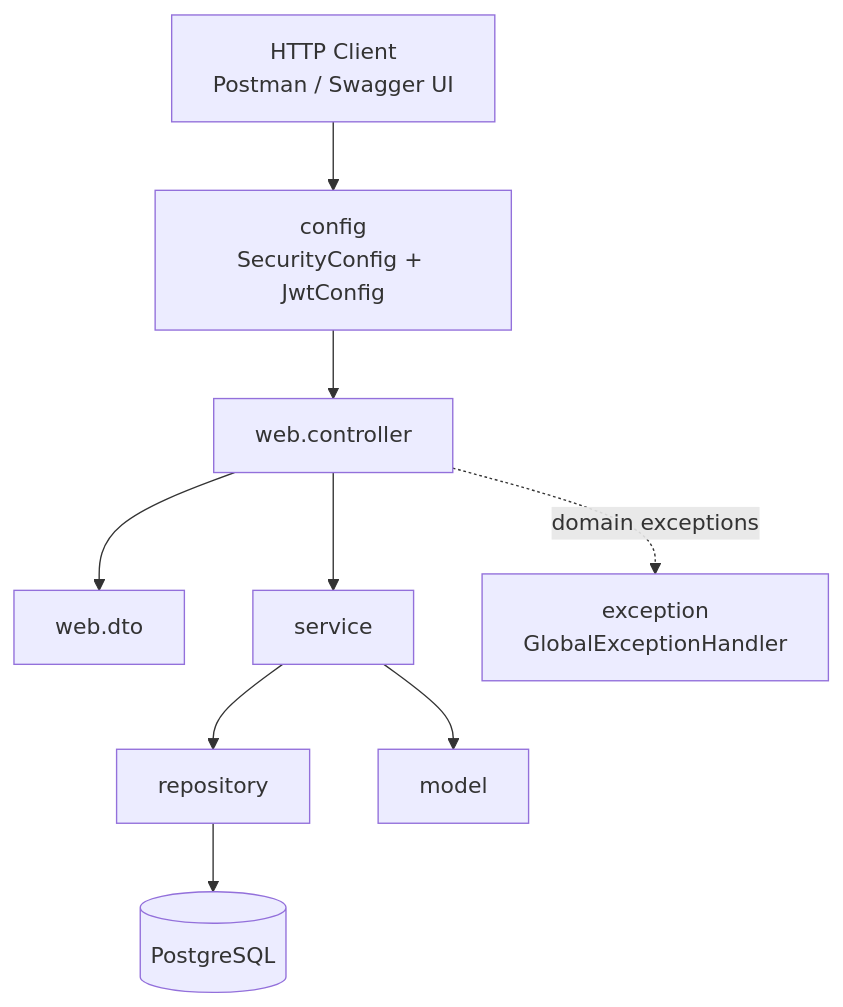
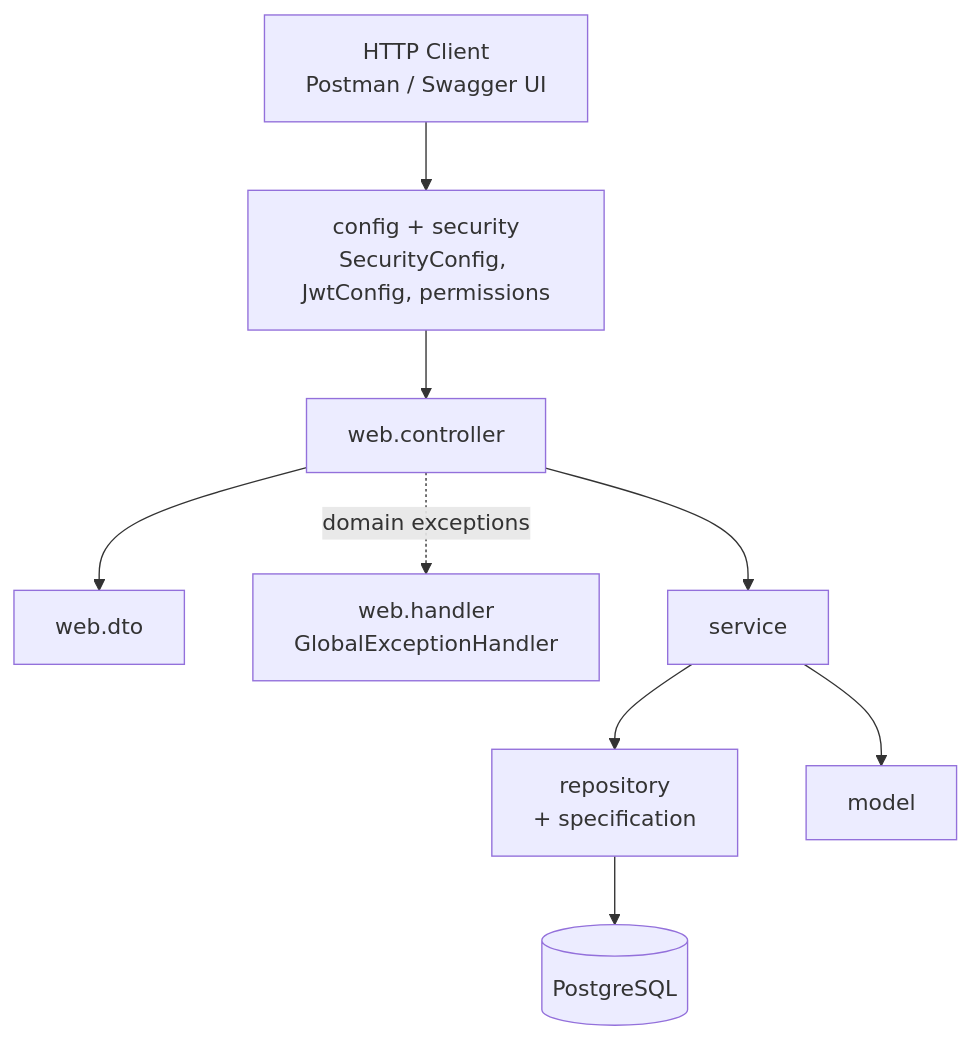
Before and after one commit to fabianoic/roster: the second of 4 diagrams in README.md, drawn with Mermaid. The commit also changed other lines of this file, not shown here.

````diff
--- a/README.md
+++ b/README.md
@@ -45,20 +46,20 @@
 ```mermaid
 graph TD
     Client["HTTP Client<br/>Postman / Swagger UI"]
-    Security["config<br/>SecurityConfig + JwtConfig"]
+    Security["config + security<br/>SecurityConfig, JwtConfig, permissions"]
     Controller["web.controller"]
     DTO["web.dto"]
+    Handler["web.handler<br/>GlobalExceptionHandler"]
     Service["service"]
-    Repository["repository"]
+    Repository["repository<br/>+ specification"]
     Model["model"]
-    Exception["exception<br/>GlobalExceptionHandler"]
     DB[("PostgreSQL")]
 
     Client --> Security --> Controller
     Controller --> DTO
     Controller --> Service
     Service --> Model
     Service --> Repository
     Repository --> DB
-    Controller -. "domain exceptions" .-> Exception
+    Controller -. "domain exceptions" .-> Handler
 ```
````
